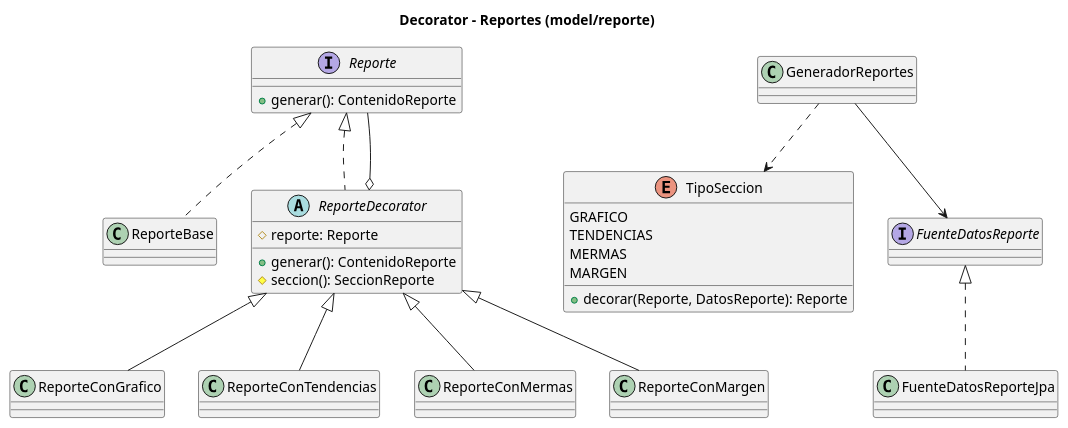
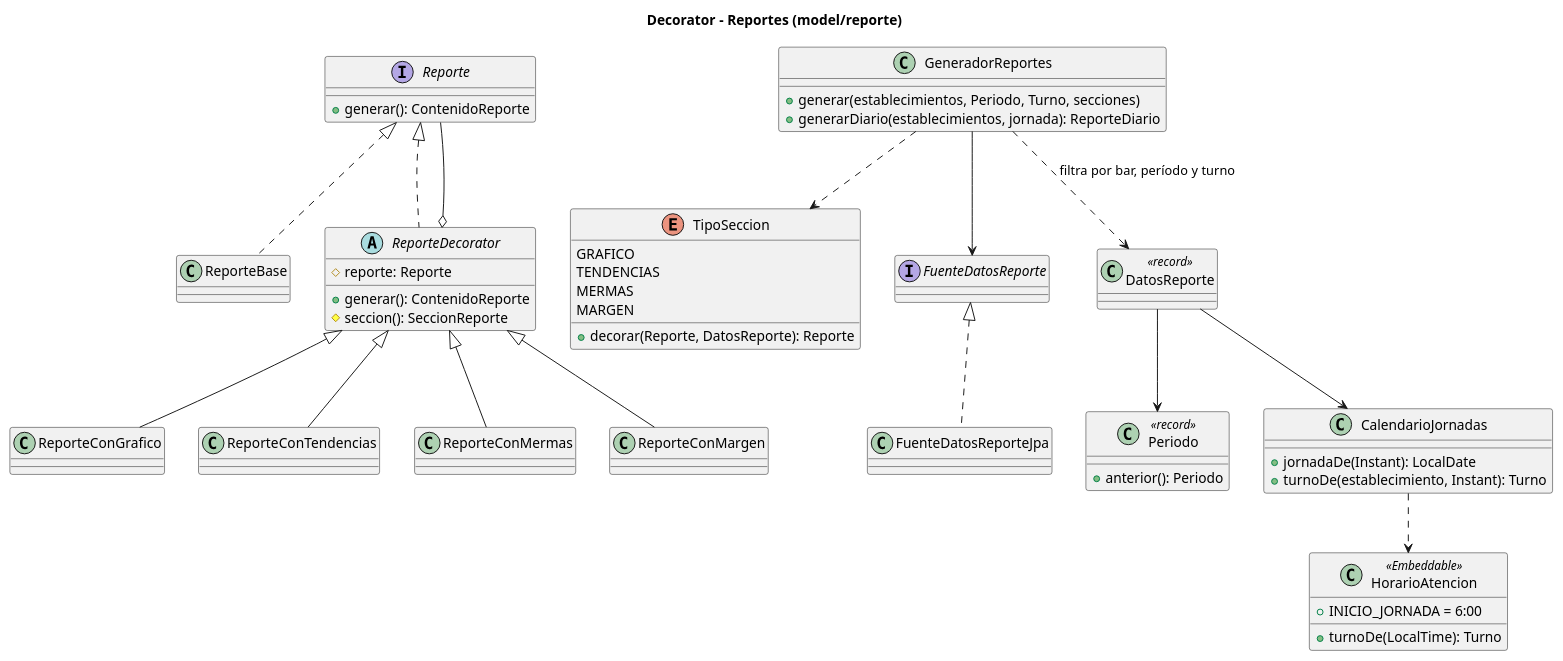
One commit to SantiMorgan/TPO_pdd_Grupo4 changed the fifth of 5 diagrams in docs/uml/BarStock_Implementado.puml. Above: the diagram before and after it, drawn with PlantUML. The commit also changed other lines of this file and 103 other files, not shown here.

```diff
--- a/docs/uml/BarStock_Implementado.puml
+++ b/docs/uml/BarStock_Implementado.puml
@@ -206,38 +214,57 @@
 @startuml DecoratorImplementado
 title Decorator - Reportes (model/reporte)
 
 interface Reporte {
   +generar(): ContenidoReporte
 }
 class ReporteBase
 abstract class ReporteDecorator {
   #reporte: Reporte
   +generar(): ContenidoReporte
   #seccion(): SeccionReporte
 }
 class ReporteConGrafico
 class ReporteConTendencias
 class ReporteConMermas
 class ReporteConMargen
 enum TipoSeccion {
   GRAFICO
   TENDENCIAS
   MERMAS
   MARGEN
   +decorar(Reporte, DatosReporte): Reporte
 }
 interface FuenteDatosReporte
 class FuenteDatosReporteJpa
-class GeneradorReportes
+class GeneradorReportes {
+  +generar(establecimientos, Periodo, Turno, secciones)
+  +generarDiario(establecimientos, jornada): ReporteDiario
+}
+class DatosReporte <<record>>
+class Periodo <<record>> {
+  +anterior(): Periodo
+}
+class CalendarioJornadas {
+  +jornadaDe(Instant): LocalDate
+  +turnoDe(establecimiento, Instant): Turno
+}
+class HorarioAtencion <<Embeddable>> {
+  +INICIO_JORNADA = 6:00
+  +turnoDe(LocalTime): Turno
+}
 
 Reporte <|.. ReporteBase
 Reporte <|.. ReporteDecorator
 ReporteDecorator o-- Reporte
 ReporteDecorator <|-- ReporteConGrafico
 ReporteDecorator <|-- ReporteConTendencias
 ReporteDecorator <|-- ReporteConMermas
 ReporteDecorator <|-- ReporteConMargen
 GeneradorReportes ..> TipoSeccion
 GeneradorReportes --> FuenteDatosReporte
+GeneradorReportes ..> DatosReporte : filtra por bar, período y turno
+DatosReporte --> Periodo
+DatosReporte --> CalendarioJornadas
+CalendarioJornadas ..> HorarioAtencion
 FuenteDatosReporte <|.. FuenteDatosReporteJpa
 @enduml
```
